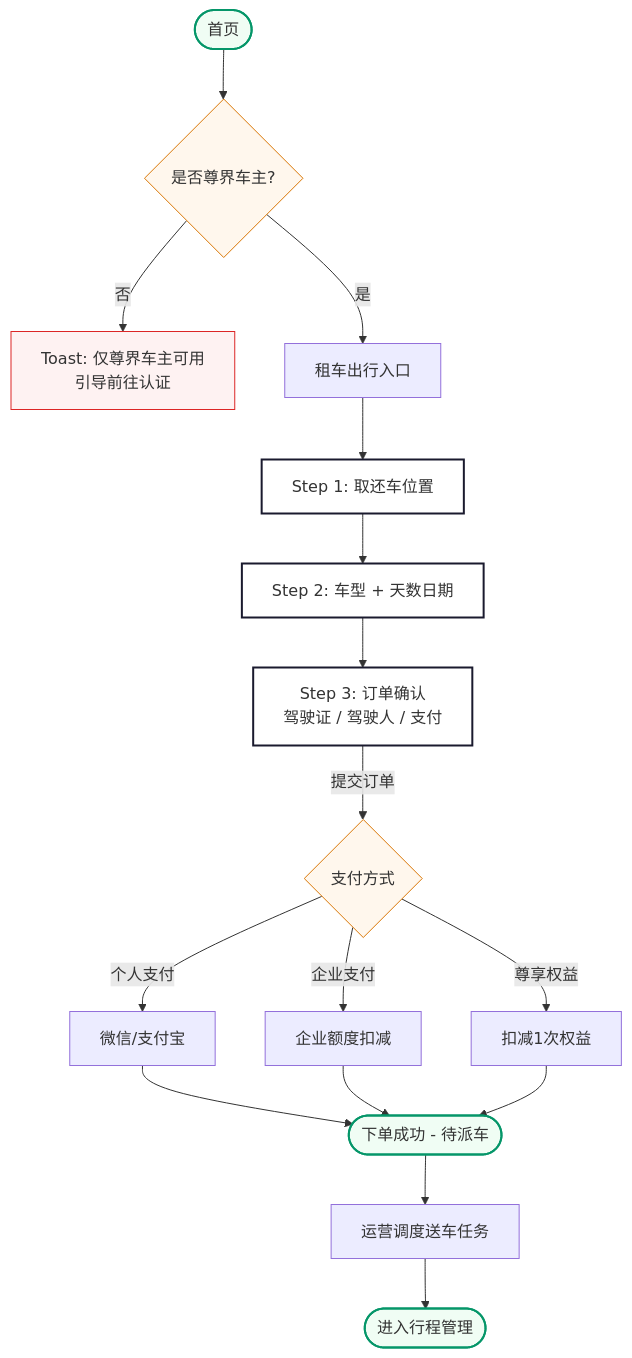
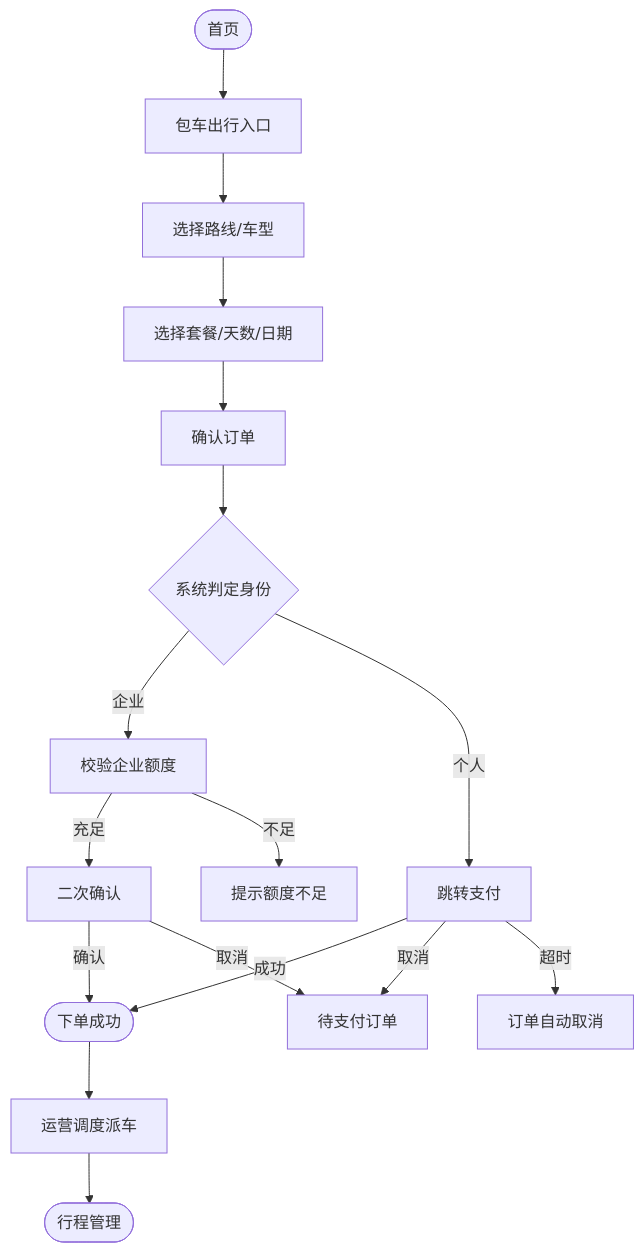
Before and after one commit to klayhuzhenx/zunchuxing: the third of 9 diagrams in 乘客端需求规格说明.md, drawn with Mermaid. The commit also changed other lines of this file and 237 other files, not shown here.

````diff
--- a/乘客端需求规格说明.md
+++ b/乘客端需求规格说明.md
@@ -587,27 +416,45 @@
 ```mermaid
+
 flowchart TD
-    A([首页]) --> A2{是否尊界车主?}
-    A2 --> |否| AT[Toast: 仅尊界车主可用<br/>引导前往认证]
-    A2 --> |是| B[租车出行入口]
-    B --> C[Step 1: 取还车位置]
-    C --> D[Step 2: 车型 + 天数日期]
-    D --> E[Step 3: 订单确认<br/>驾驶证 / 驾驶人 / 支付]
-    E --> |提交订单| F{支付方式}
-    F --> |个人支付| G[微信/支付宝]
-    F --> |企业支付| H[企业额度扣减]
-    F --> |尊享权益| I[扣减1次权益]
-    G --> J([下单成功 - 待派车])
-    H --> J
-    I --> J
-    J --> K[运营调度送车任务]
-    K --> L([进入行程管理])
 
-    classDef step fill:#fff,stroke:#1a1a2e,stroke-width:2px
-    classDef decision fill:#fff7ed,stroke:#d97706
-    classDef terminal fill:#f0fdf4,stroke:#059669,stroke-width:2px
-    classDef warn fill:#fef2f2,stroke:#dc2626
-    class C,D,E step
-    class A2,F decision
-    class A,J,L terminal
-    class AT warn
+    A([首页]) --> B[包车出行入口]
+
+    B --> C[选择路线/车型]
+
+    C --> D[选择套餐/天数/日期]
+
+    D --> E[确认订单]
+
+    E --> F{系统判定身份}
+
+
+
+    F -->|企业| G[校验企业额度]
+
+    F -->|个人| L[跳转支付]
+
+
+
+    G -->|充足| H[二次确认]
+
+    G -->|不足| K[提示额度不足]
+
+
+
+    H -->|确认| I([下单成功])
+
+    H -->|取消| J[待支付订单]
+
+    L -->|成功| I
+
+    L -->|取消| J
+
+    L -->|超时| M[订单自动取消]
+
+
+
+    I --> N[运营调度派车]
+
+    N --> O([行程管理])
+
 ```
````
